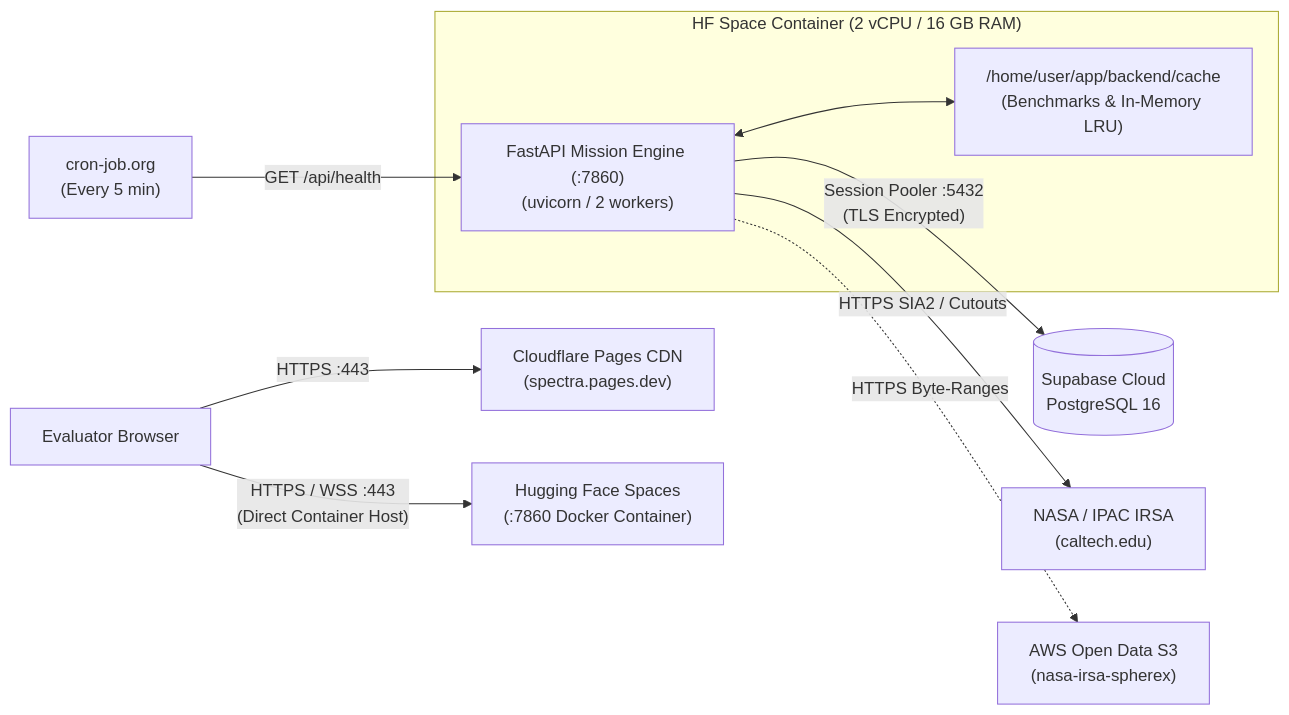
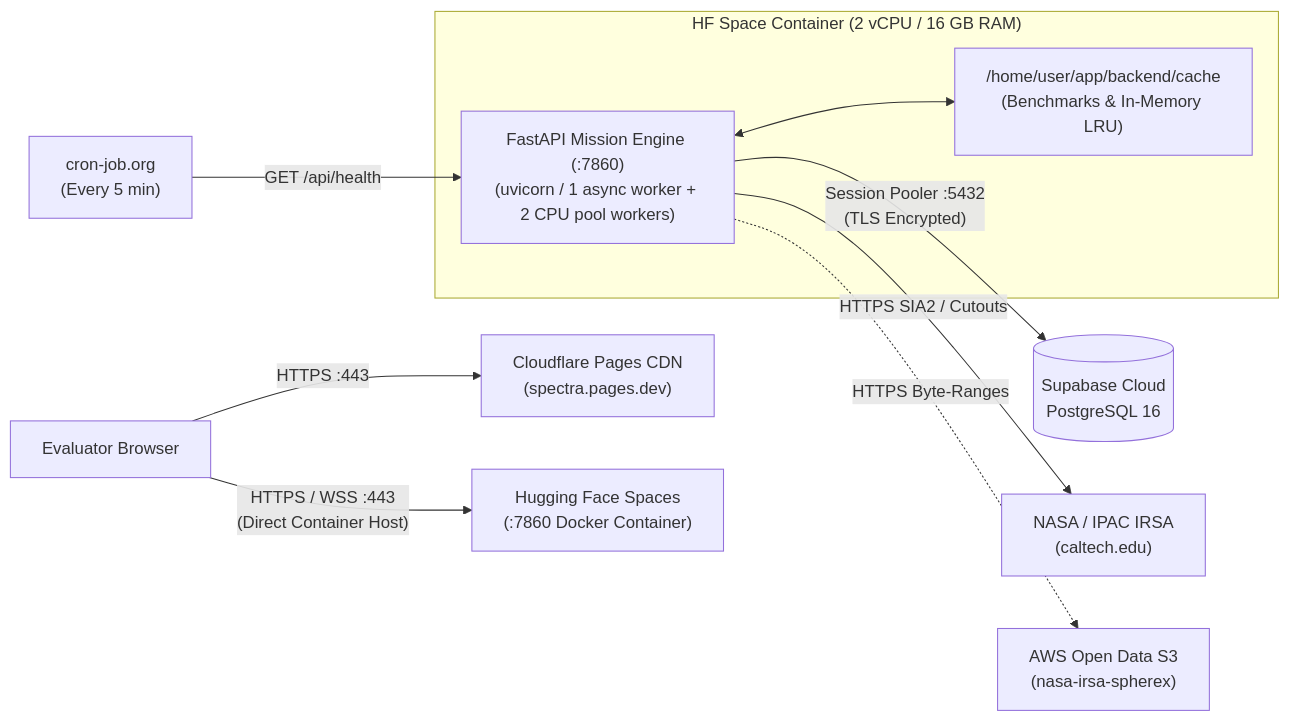
Before and after one commit to Amonochuka/Spectra: the fourth of 8 diagrams in SYSTEM_ARCHITECTURE.md, drawn with Mermaid. The commit also changed other lines of this file and 6 other files, not shown here.

````diff
--- a/SYSTEM_ARCHITECTURE.md
+++ b/SYSTEM_ARCHITECTURE.md
@@ -412,17 +412,17 @@
 ```mermaid
 flowchart LR
     User["Evaluator Browser"] -->|HTTPS :443| CDN["Cloudflare Pages CDN\n(spectra.pages.dev)"]
     User -->|"HTTPS / WSS :443\n(Direct Container Host)"| HF["Hugging Face Spaces\n(:7860 Docker Container)"]
     
     subgraph HF_Container["HF Space Container (2 vCPU / 16 GB RAM)"]
-        FastAPI_App["FastAPI Mission Engine (:7860)\n(uvicorn / 2 workers)"]
+        FastAPI_App["FastAPI Mission Engine (:7860)\n(uvicorn / 1 async worker + 2 CPU pool workers)"]
         DiskCache["/home/user/app/backend/cache\n(Benchmarks & In-Memory LRU)"]
         FastAPI_App <--> DiskCache
     end
     
     FastAPI_App -->|"Session Pooler :5432\n(TLS Encrypted)"| Supa[("Supabase Cloud\nPostgreSQL 16")]
     FastAPI_App -->|"HTTPS SIA2 / Cutouts"| IRSA["NASA / IPAC IRSA\n(caltech.edu)"]
     FastAPI_App -.->|"HTTPS Byte-Ranges"| S3["AWS Open Data S3\n(nasa-irsa-spherex)"]
     
     Cron["cron-job.org\n(Every 5 min)"] -->|"GET /api/health"| FastAPI_App
 ```
````
